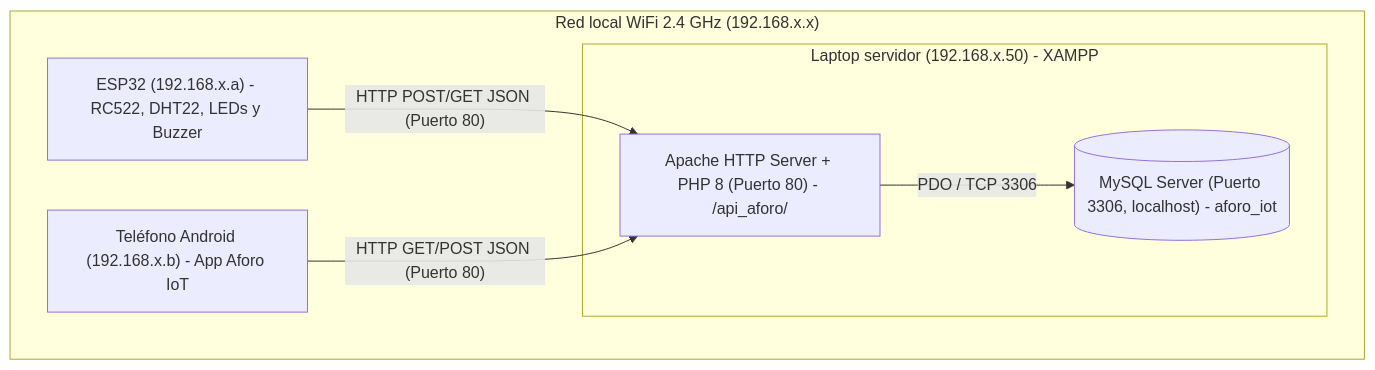
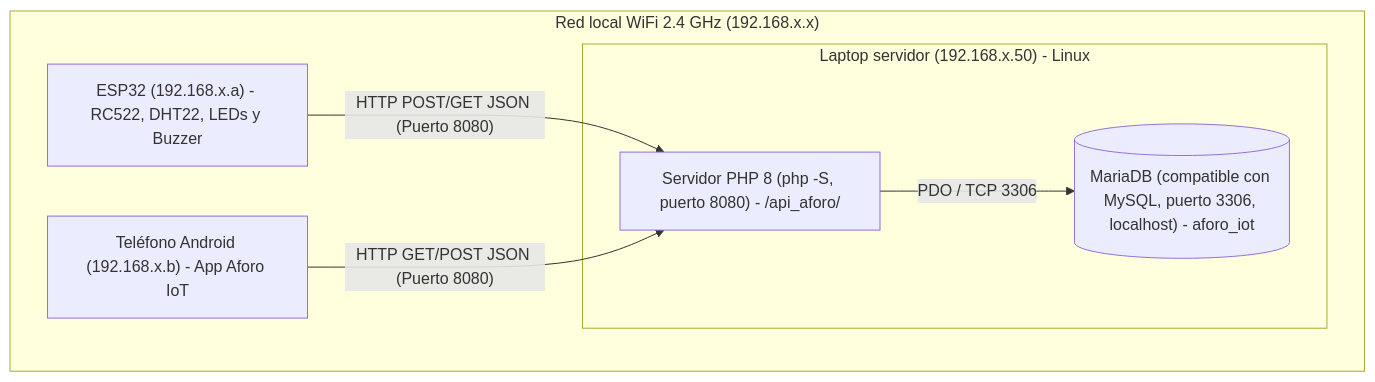
One commit to OsvaldoVar/aforo-iot changed the second of 2 diagrams in docs/expediente/02-arquitectura.md. Above: the diagram before and after it, drawn with Mermaid. The commit also changed other lines of this file and 2 other files, not shown here.

Commit message:
docs: servidor PHP integrado y MariaDB en Linux

````diff
--- a/docs/expediente/02-arquitectura.md
+++ b/docs/expediente/02-arquitectura.md
@@ -73,16 +73,16 @@
 ```mermaid
 flowchart TB
     subgraph LAN["Red local WiFi 2.4 GHz (192.168.x.x)"]
         ESP32["ESP32 (192.168.x.a) - RC522, DHT22, LEDs y Buzzer"]
         PHONE["Teléfono Android (192.168.x.b) - App Aforo IoT"]
 
-        subgraph LAPTOP["Laptop servidor (192.168.x.50) - XAMPP"]
-            APACHE["Apache HTTP Server + PHP 8 (Puerto 80) - /api_aforo/"]
-            MYSQL[("MySQL Server (Puerto 3306, localhost) - aforo_iot")]
-            APACHE -->|"PDO / TCP 3306"| MYSQL
+        subgraph LAPTOP["Laptop servidor (192.168.x.50) - Linux"]
+            PHP["Servidor PHP 8 (php -S, puerto 8080) - /api_aforo/"]
+            MARIADB[("MariaDB (compatible con MySQL, puerto 3306, localhost) - aforo_iot")]
+            PHP -->|"PDO / TCP 3306"| MARIADB
         end
 
-        ESP32 -->|"HTTP POST/GET JSON (Puerto 80)"| APACHE
-        PHONE -->|"HTTP GET/POST JSON (Puerto 80)"| APACHE
+        ESP32 -->|"HTTP POST/GET JSON (Puerto 8080)"| PHP
+        PHONE -->|"HTTP GET/POST JSON (Puerto 8080)"| PHP
     end
 ```
````
